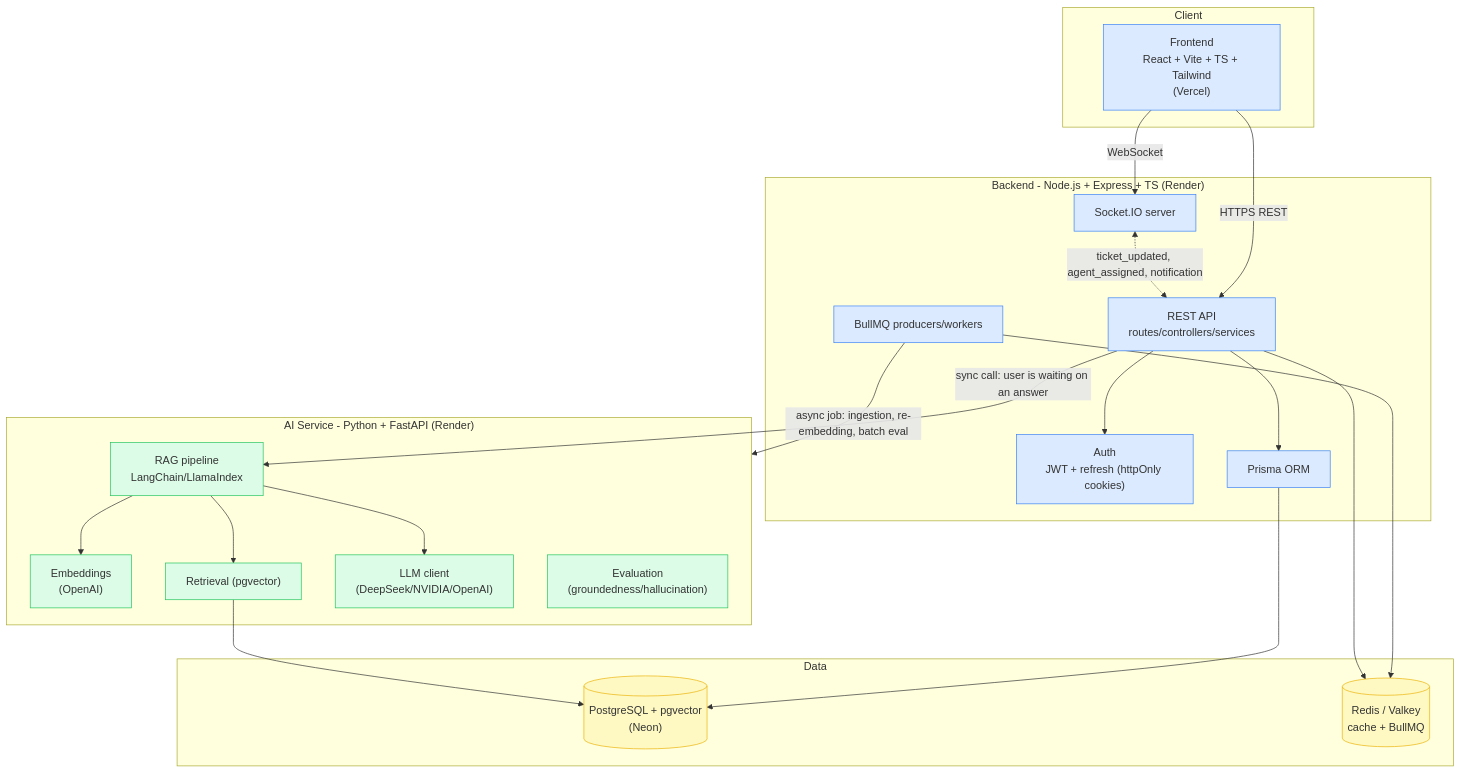
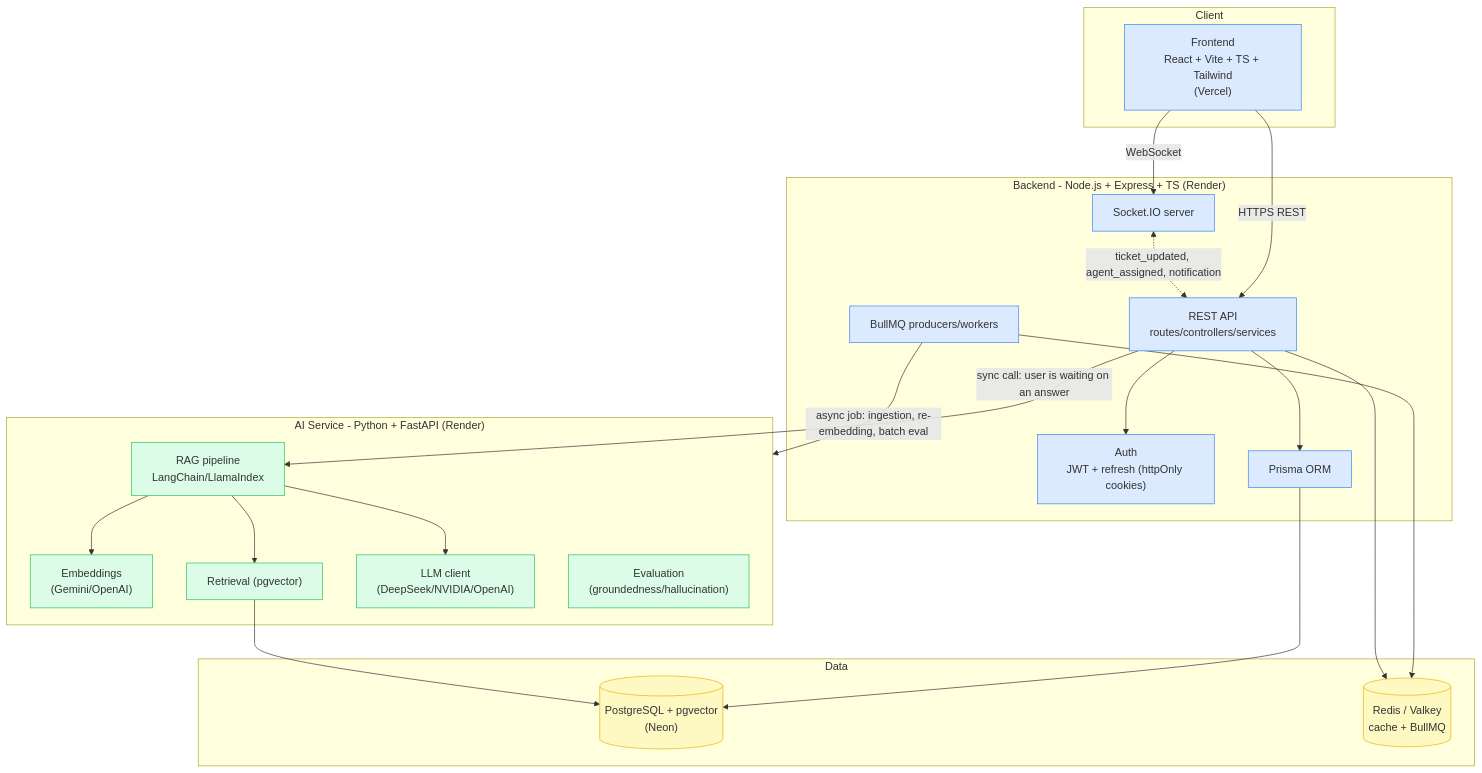
Before and after one commit to Desmond-Ed/ai-support-platform: the diagram in docs/architecture.md, drawn with Mermaid. The commit also changed other lines of this file and 22 other files, not shown here.

Commit message:
Free-tier deployment: Gemini embeddings, configurable LLM, readiness checks, docs

````diff
--- a/docs/architecture.md
+++ b/docs/architecture.md
@@ -8,48 +8,48 @@
 ```mermaid
 flowchart TB
     subgraph Client
         FE["Frontend<br/>React + Vite + TS + Tailwind<br/>(Vercel)"]
     end
 
     subgraph NodeBackend["Backend - Node.js + Express + TS (Render)"]
         API["REST API<br/>routes/controllers/services"]
         AUTH["Auth<br/>JWT + refresh (httpOnly cookies)"]
         SOCK["Socket.IO server"]
         QUEUE["BullMQ producers/workers"]
         PRISMA["Prisma ORM"]
     end
 
     subgraph AIService["AI Service - Python + FastAPI (Render)"]
         RAG["RAG pipeline<br/>LangChain/LlamaIndex"]
-        EMB["Embeddings<br/>(OpenAI)"]
+        EMB["Embeddings<br/>(Gemini/OpenAI)"]
         RET["Retrieval (pgvector)"]
         LLM["LLM client<br/>(DeepSeek/NVIDIA/OpenAI)"]
         EVAL["Evaluation<br/>(groundedness/hallucination)"]
     end
 
     subgraph Data
         PG[("PostgreSQL + pgvector<br/>(Neon)")]
         RD[("Redis / Valkey<br/>cache + BullMQ")]
     end
 
     FE -- "HTTPS REST" --> API
     FE -- "WebSocket" --> SOCK
     API --> AUTH
     API --> PRISMA
     API -- "sync call: user is waiting on an answer" --> RAG
     QUEUE -- "async job: ingestion, re-embedding, batch eval" --> AIService
     SOCK <-.->|"ticket_updated, agent_assigned, notification"| API
     PRISMA --> PG
     RAG --> RET --> PG
     RAG --> EMB
     RAG --> LLM
     QUEUE --> RD
     API --> RD
 
     classDef node fill:#dbeafe,stroke:#3b82f6
     classDef python fill:#dcfce7,stroke:#22c55e
     classDef data fill:#fef9c3,stroke:#eab308
     class API,AUTH,SOCK,QUEUE,PRISMA node
     class RAG,EMB,RET,LLM,EVAL python
     class PG,RD data
 ```
````
